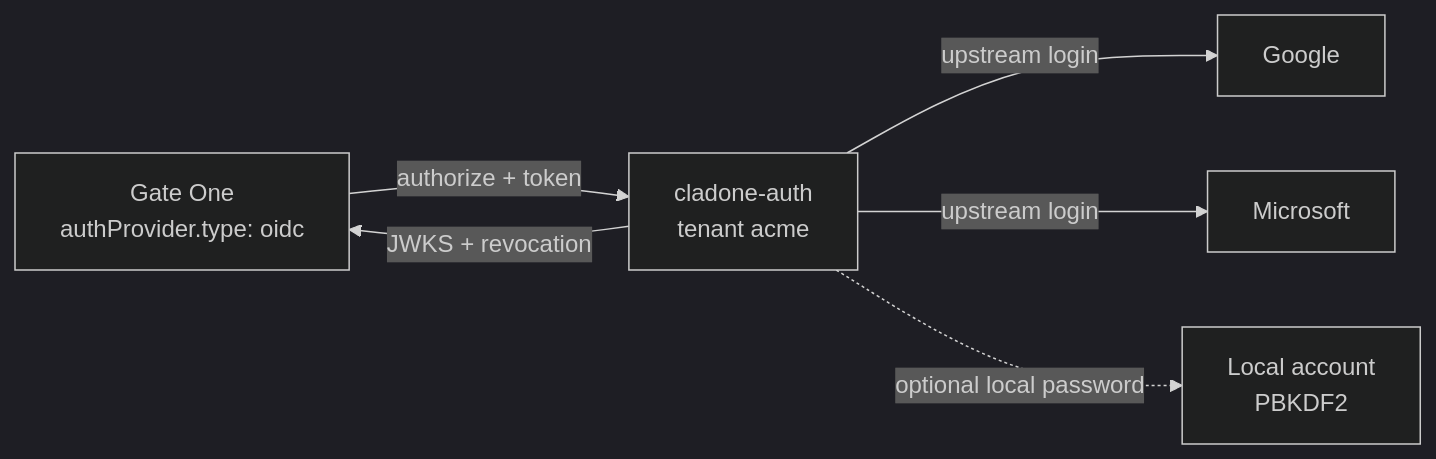
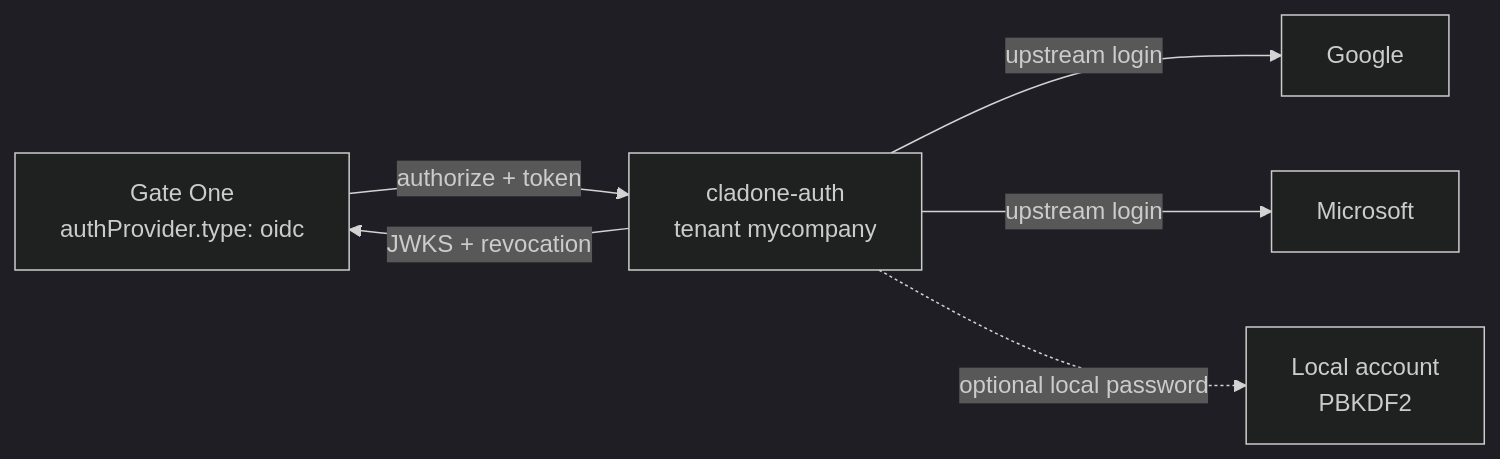
One commit to clad-one/gate-one-doc changed the third of 3 diagrams in content/en/docs/iam-and-providers.md. Above: the diagram before and after it, drawn with Mermaid (dark theme). The commit also changed 13 other files, not shown here.

First line of the commit message:
docs: use mycompany as the sample tenant and refresh the landing slogan

````diff
--- a/content/en/docs/iam-and-providers.md
+++ b/content/en/docs/iam-and-providers.md
@@ -142,8 +142,8 @@
 ```mermaid
 flowchart LR
-  GO["Gate One<br/>authProvider.type: oidc"] -->|"authorize + token"| BROKER["cladone-auth<br/>tenant acme"]
+  GO["Gate One<br/>authProvider.type: oidc"] -->|"authorize + token"| BROKER["cladone-auth<br/>tenant mycompany"]
   BROKER -->|"upstream login"| G["Google"]
   BROKER -->|"upstream login"| M["Microsoft"]
   BROKER -.->|"optional local password"| L["Local account<br/>PBKDF2"]
   BROKER -->|"JWKS + revocation"| GO
 ```
````
